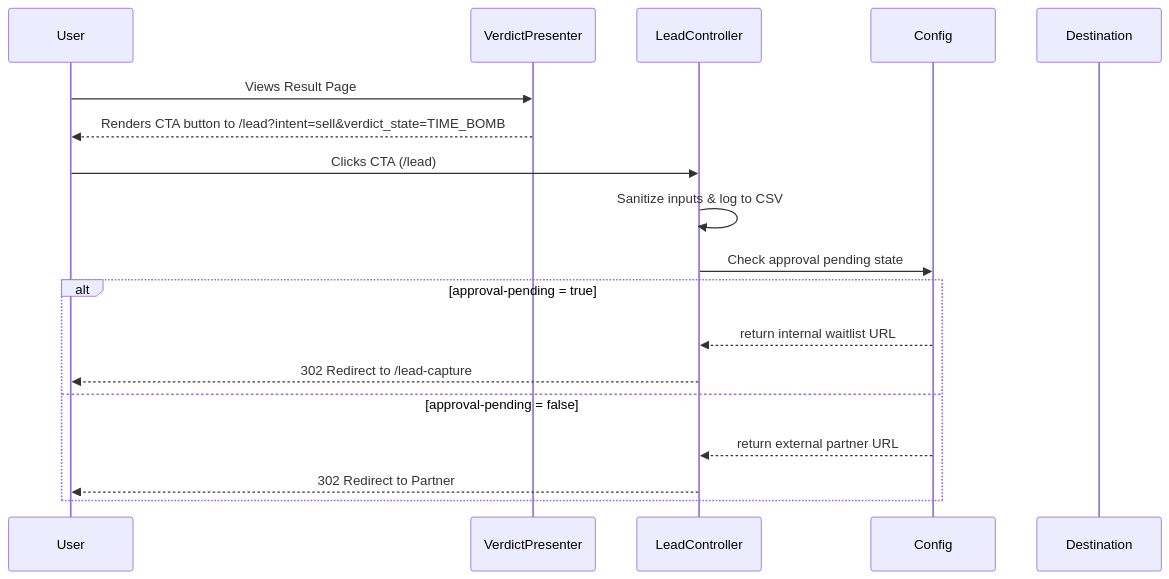
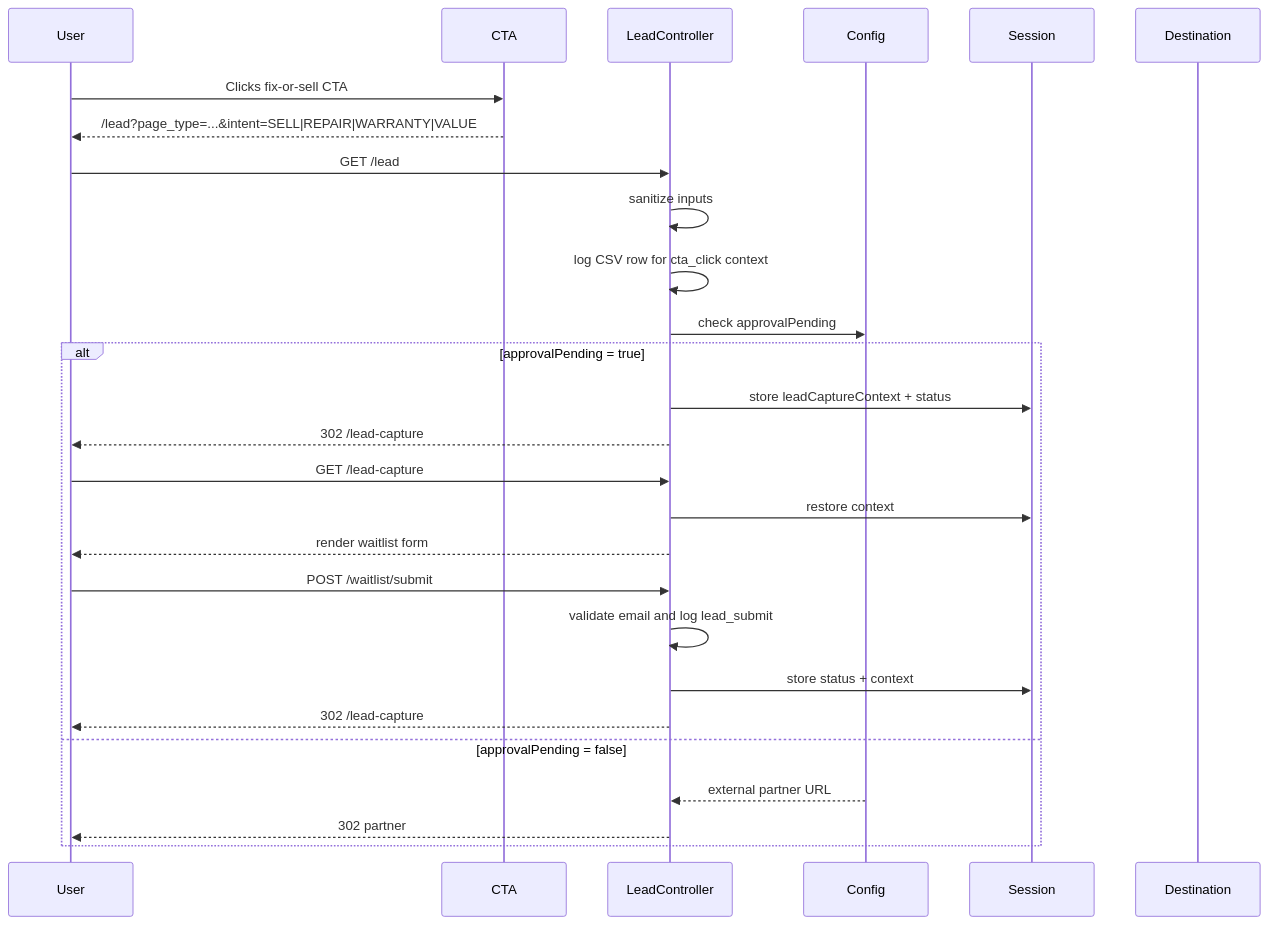
Before and after one commit to ichbinhyeok/CarMonenyPit: the diagram in docs/LEAD_FLOW_ARCHITECTURE.md, drawn with Mermaid. The commit also changed other lines of this file and 21 other files, not shown here.

````diff
--- a/docs/LEAD_FLOW_ARCHITECTURE.md
+++ b/docs/LEAD_FLOW_ARCHITECTURE.md
@@ -21,21 +52,30 @@
 ```mermaid
 sequenceDiagram
     participant User
-    participant VerdictPresenter
+    participant CTA
     participant LeadController
     participant Config
+    participant Session
     participant Destination
 
-    User->>VerdictPresenter: Views Result Page
-    VerdictPresenter-->>User: Renders CTA button to /lead?intent=sell&verdict_state=TIME_BOMB
-    User->>LeadController: Clicks CTA (/lead)
-    LeadController->>LeadController: Sanitize inputs & log to CSV
-    LeadController->>Config: Check approval pending state
-    alt approval-pending = true
-        Config-->>LeadController: return internal waitlist URL
-        LeadController-->>User: 302 Redirect to /lead-capture
-    else approval-pending = false
-        Config-->>LeadController: return external partner URL
-        LeadController-->>User: 302 Redirect to Partner
+    User->>CTA: Clicks fix-or-sell CTA
+    CTA-->>User: /lead?page_type=...&intent=SELL|REPAIR|WARRANTY|VALUE
+    User->>LeadController: GET /lead
+    LeadController->>LeadController: sanitize inputs
+    LeadController->>LeadController: log CSV row for cta_click context
+    LeadController->>Config: check approvalPending
+    alt approvalPending = true
+        LeadController->>Session: store leadCaptureContext + status
+        LeadController-->>User: 302 /lead-capture
+        User->>LeadController: GET /lead-capture
+        LeadController->>Session: restore context
+        LeadController-->>User: render waitlist form
+        User->>LeadController: POST /waitlist/submit
+        LeadController->>LeadController: validate email and log lead_submit
+        LeadController->>Session: store status + context
+        LeadController-->>User: 302 /lead-capture
+    else approvalPending = false
+        Config-->>LeadController: external partner URL
+        LeadController-->>User: 302 partner
     end
 ```
````
